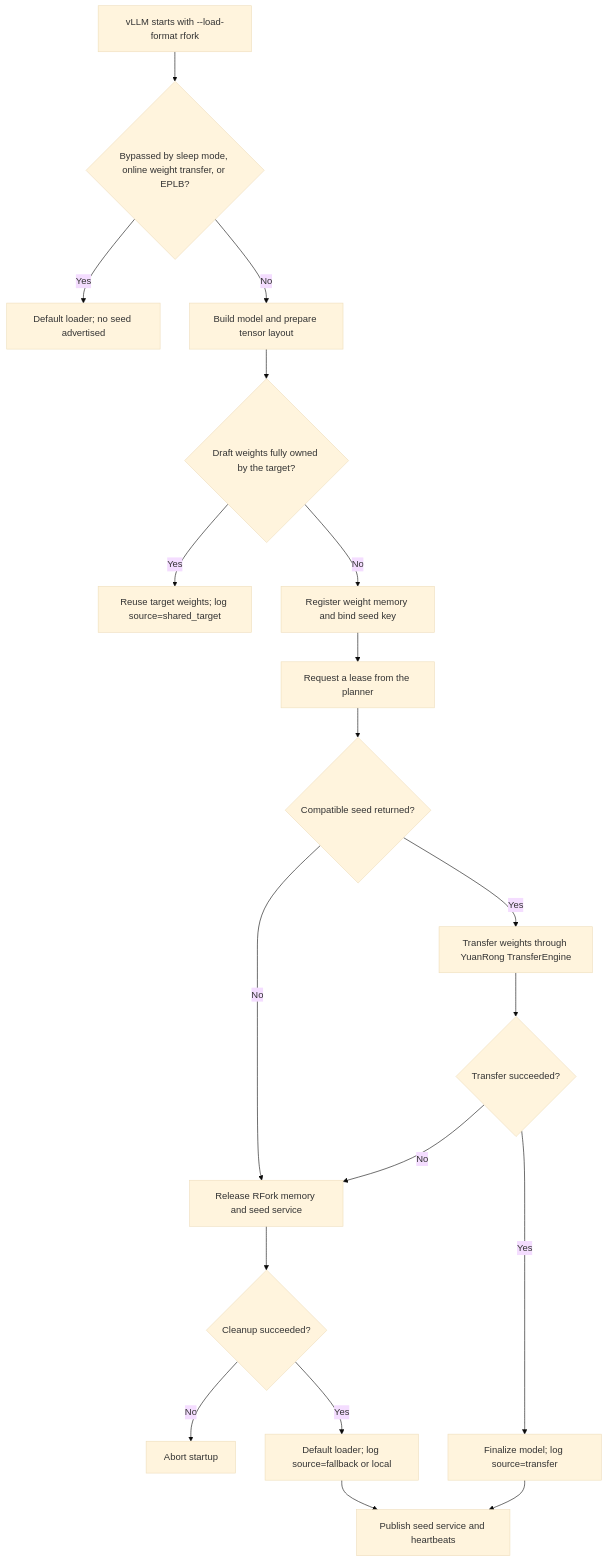
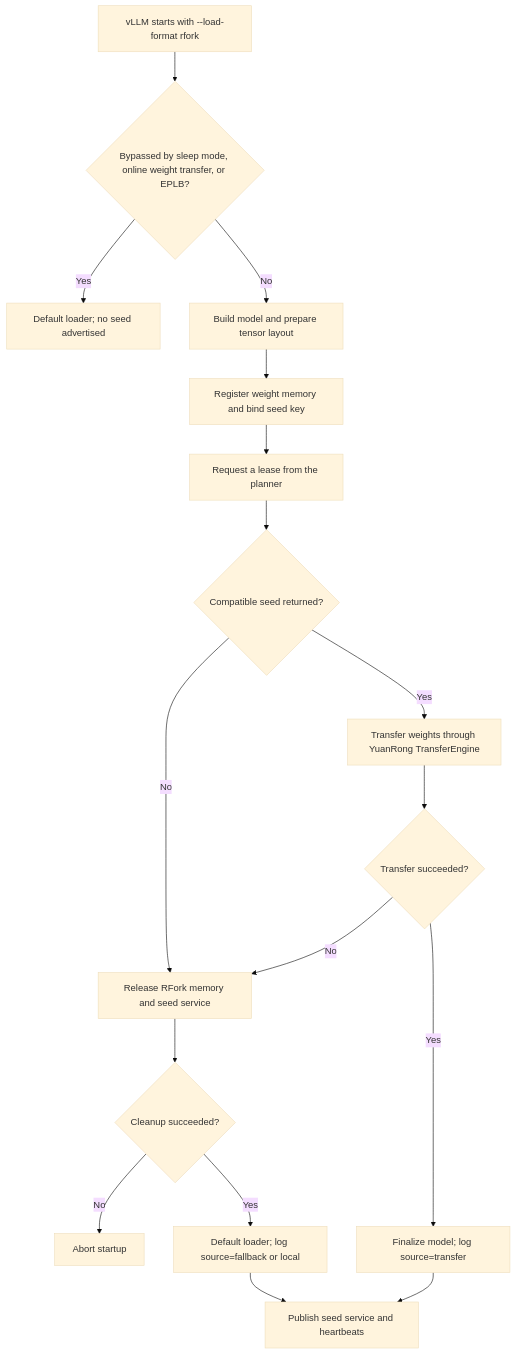
Before and after one commit to vllm-project/vllm-ascend: the diagram in docs/source/user_guide/feature_guide/rfork.md, drawn with Mermaid (base theme). The commit also changed other lines of this file and 29 other files, not shown here.

````diff
--- a/docs/source/user_guide/feature_guide/rfork.md
+++ b/docs/source/user_guide/feature_guide/rfork.md
@@ -44,21 +42,19 @@
 ```mermaid
 flowchart TD
     A["vLLM starts with --load-format rfork"] --> B{"Bypassed by sleep mode, online weight transfer, or EPLB?"}
     B -- Yes --> Z["Default loader; no seed advertised"]
     B -- No --> C["Build model and prepare tensor layout"]
-    C --> D{"Draft weights fully owned by the target?"}
-    D -- Yes --> E["Reuse target weights; log source=shared_target"]
-    D -- No --> F["Register weight memory and bind seed key"]
+    C --> F["Register weight memory and bind seed key"]
     F --> G["Request a lease from the planner"]
     G --> H{"Compatible seed returned?"}
     H -- No --> I["Release RFork memory and seed service"]
     H -- Yes --> J["Transfer weights through YuanRong TransferEngine"]
     J --> K{"Transfer succeeded?"}
     K -- No --> I
     K -- Yes --> L["Finalize model; log source=transfer"]
     I --> M{"Cleanup succeeded?"}
     M -- No --> N["Abort startup"]
     M -- Yes --> O["Default loader; log source=fallback or local"]
     L --> P["Publish seed service and heartbeats"]
     O --> P
 ```
````
